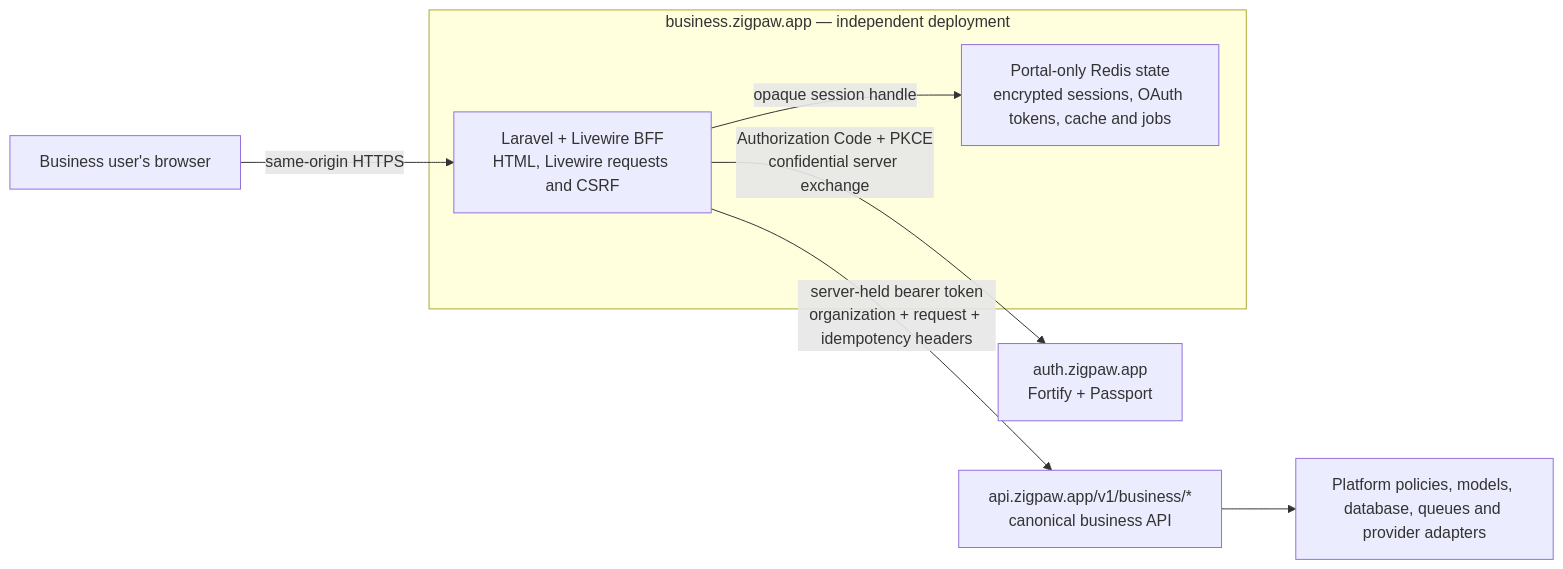
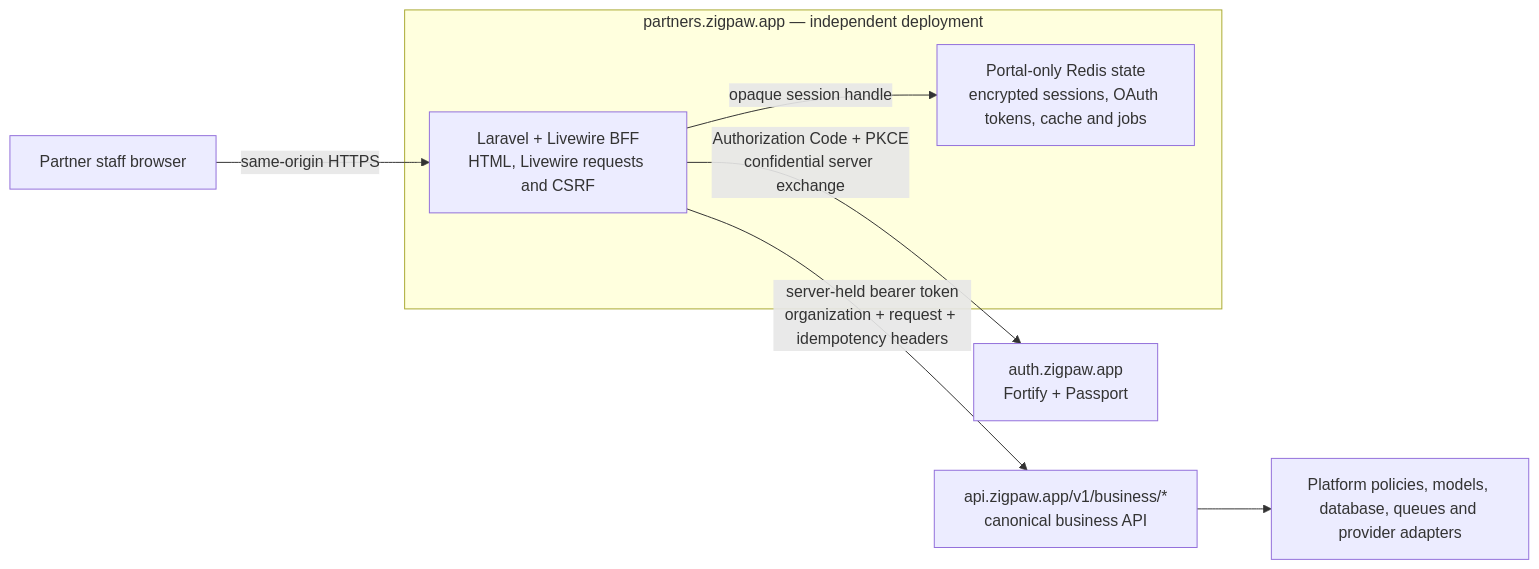
One commit to boreanis/zigpaw-business changed the third of 4 diagrams in README.md. Above: the diagram before and after it, drawn with Mermaid. The commit also changed other lines of this file and 40 other files, not shown here.

Commit message:
Adopt Zigpaw Partners and fix workspace account switching

````diff
--- a/README.md
+++ b/README.md
@@ -185,19 +217,19 @@
 ```mermaid
 flowchart LR
-    Browser["Business user's browser"]
+    Browser["Partner staff browser"]
 
-    subgraph BusinessOrigin["business.zigpaw.app — independent deployment"]
+    subgraph BusinessOrigin["partners.zigpaw.app — independent deployment"]
         UI["Laravel + Livewire BFF<br/>HTML, Livewire requests and CSRF"]
         LocalState["Portal-only Redis state<br/>encrypted sessions, OAuth tokens, cache and jobs"]
         UI -->|"opaque session handle"| LocalState
     end
 
     Identity["auth.zigpaw.app<br/>Fortify + Passport"]
     API["api.zigpaw.app/v1/business/*<br/>canonical business API"]
     Platform["Platform policies, models, database, queues and provider adapters"]
 
     Browser -->|"same-origin HTTPS"| UI
     UI -->|"Authorization Code + PKCE<br/>confidential server exchange"| Identity
     UI -->|"server-held bearer token<br/>organization + request + idempotency headers"| API
     API --> Platform
 ```
````
